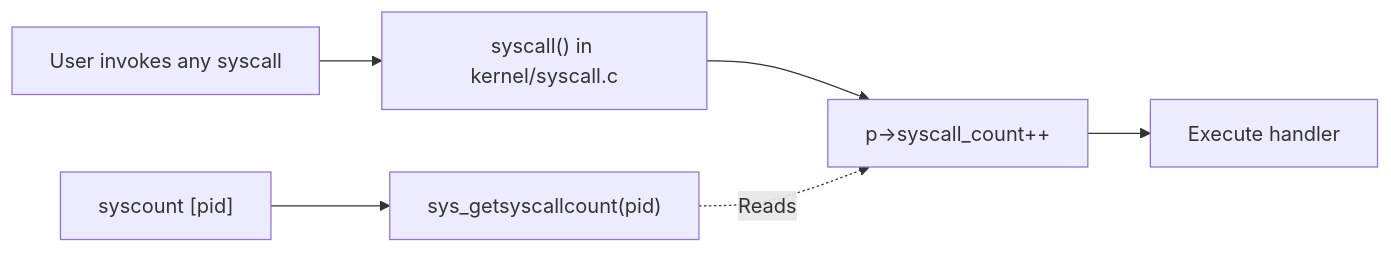
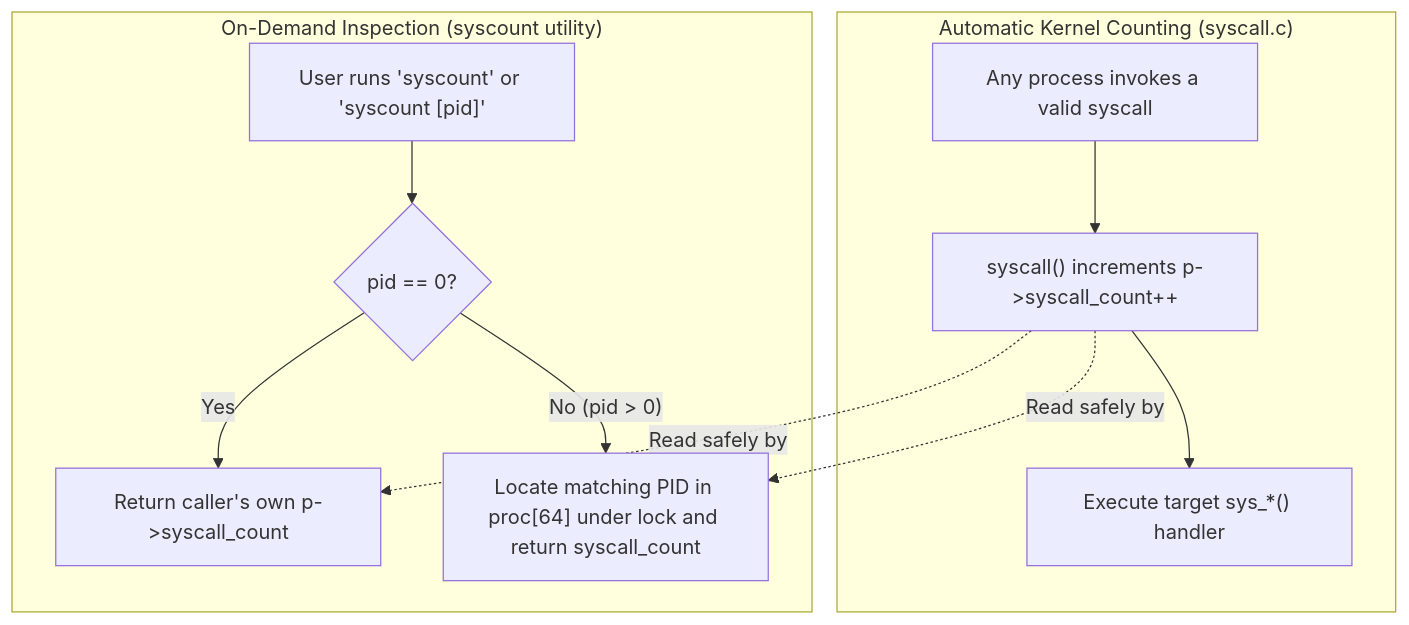
One commit to asbahkhan67-ctrl/xv6-riscv changed diagram 11 of 21 in README.md. Above: the diagram before and after it, drawn with Mermaid. The commit also changed other lines of this file, not shown here.

````diff
--- a/README.md
+++ b/README.md
@@ -399,8 +497,16 @@
 ```mermaid
-flowchart LR
-    A["User invokes any syscall"] --> B["syscall() in kernel/syscall.c"]
-    B --> C["p->syscall_count++"]
-    C --> D["Execute handler"]
-    Q["syscount [pid]"] --> G["sys_getsyscallcount(pid)"]
-    G -. "Reads" .-> C
+flowchart TD
+    subgraph Track["Automatic Kernel Counting (syscall.c)"]
+        S1["Any process invokes a valid syscall"] --> S2["syscall() increments p->syscall_count++"]
+        S2 --> S3["Execute target sys_*() handler"]
+    end
+
+    subgraph Query["On-Demand Inspection (syscount utility)"]
+        Q1["User runs 'syscount' or 'syscount [pid]'"] --> Q2{"pid == 0?"}
+        Q2 -- "Yes" --> Q3["Return caller's own p->syscall_count"]
+        Q2 -- "No (pid > 0)" --> Q4["Locate matching PID in proc[64] under lock and return syscall_count"]
+    end
+
+    S2 -. "Read safely by" .-> Q3
+    S2 -. "Read safely by" .-> Q4
 ```
````
